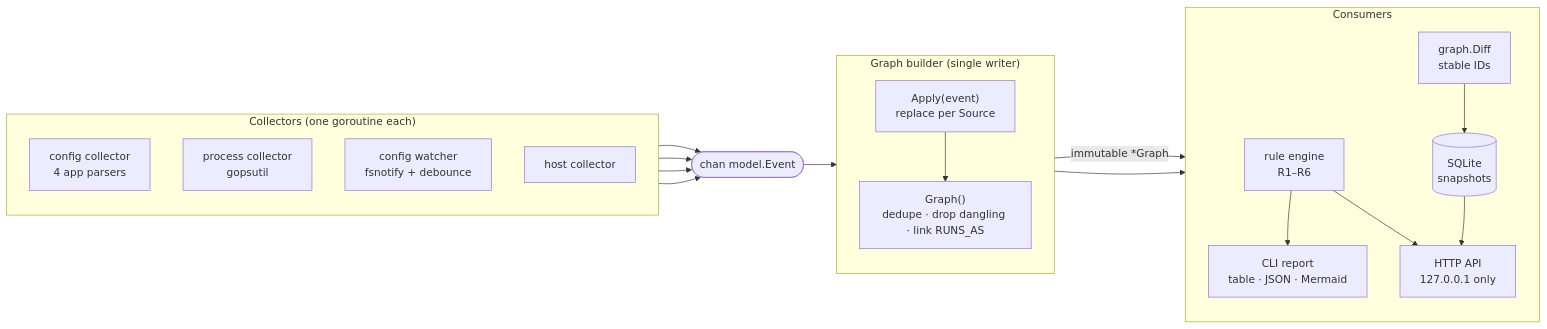
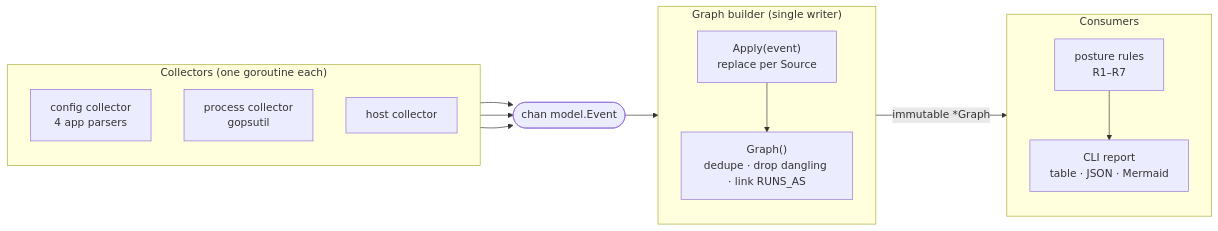
One commit to pilsu-choi/mcpgraph changed the fifth of 8 diagrams in README.md. Above: the diagram before and after it, drawn with Mermaid. The commit also changed other lines of this file and 121 other files, not shown here.

````diff
--- a/README.md
+++ b/README.md
@@ -163,35 +176,27 @@
 ```mermaid
 flowchart LR
   subgraph C["Collectors (one goroutine each)"]
     direction TB
     CFG["config collector<br/>4 app parsers"]
     PROC["process collector<br/>gopsutil"]
-    W["config watcher<br/>fsnotify + debounce"]
     H["host collector"]
   end
   CH(["chan model.Event"])
   subgraph B["Graph builder (single writer)"]
     direction TB
     AP["Apply(event)<br/>replace per Source"]
     G["Graph()<br/>dedupe · drop dangling · link RUNS_AS"]
     AP --> G
   end
   subgraph K["Consumers"]
     direction TB
-    R["rule engine<br/>R1–R6"]
-    D["graph.Diff<br/>stable IDs"]
-    S[("SQLite<br/>snapshots")]
+    R["posture rules<br/>R1–R7"]
     REP["CLI report<br/>table · JSON · Mermaid"]
-    API["HTTP API<br/>127.0.0.1 only"]
   end
   CFG --> CH
   PROC --> CH
-  W --> CH
   H --> CH
   CH --> AP
   G -- "immutable *Graph" --> R
-  G --> D --> S
   R --> REP
-  R --> API
-  S --> API
 ```
````
